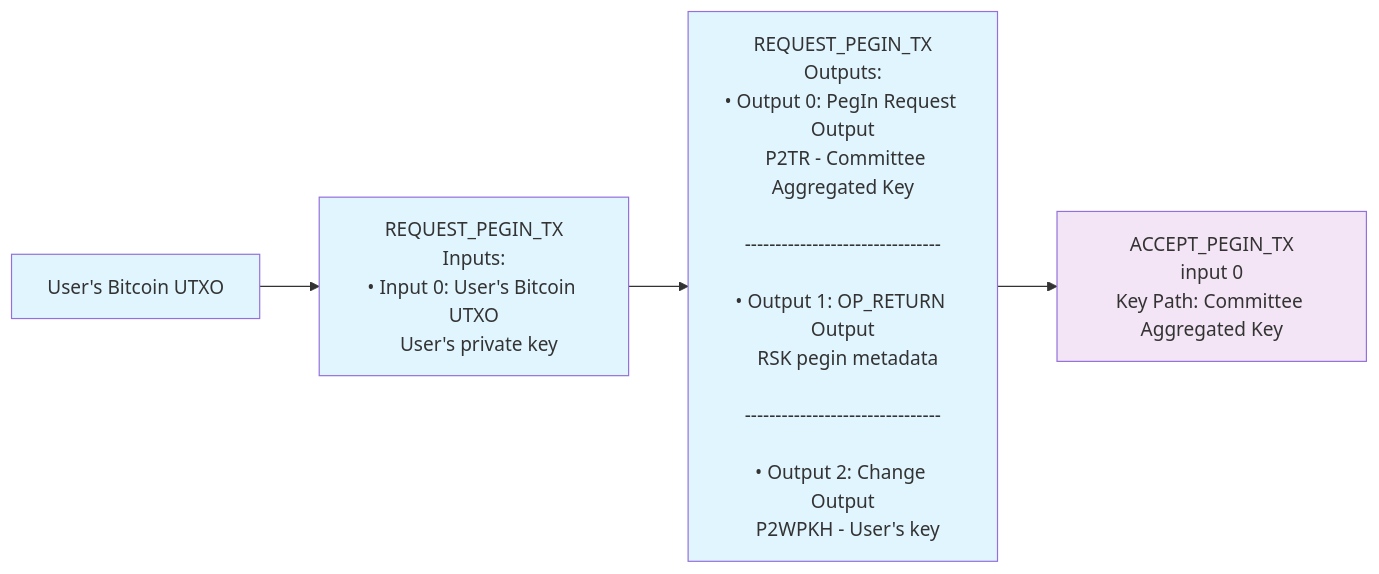
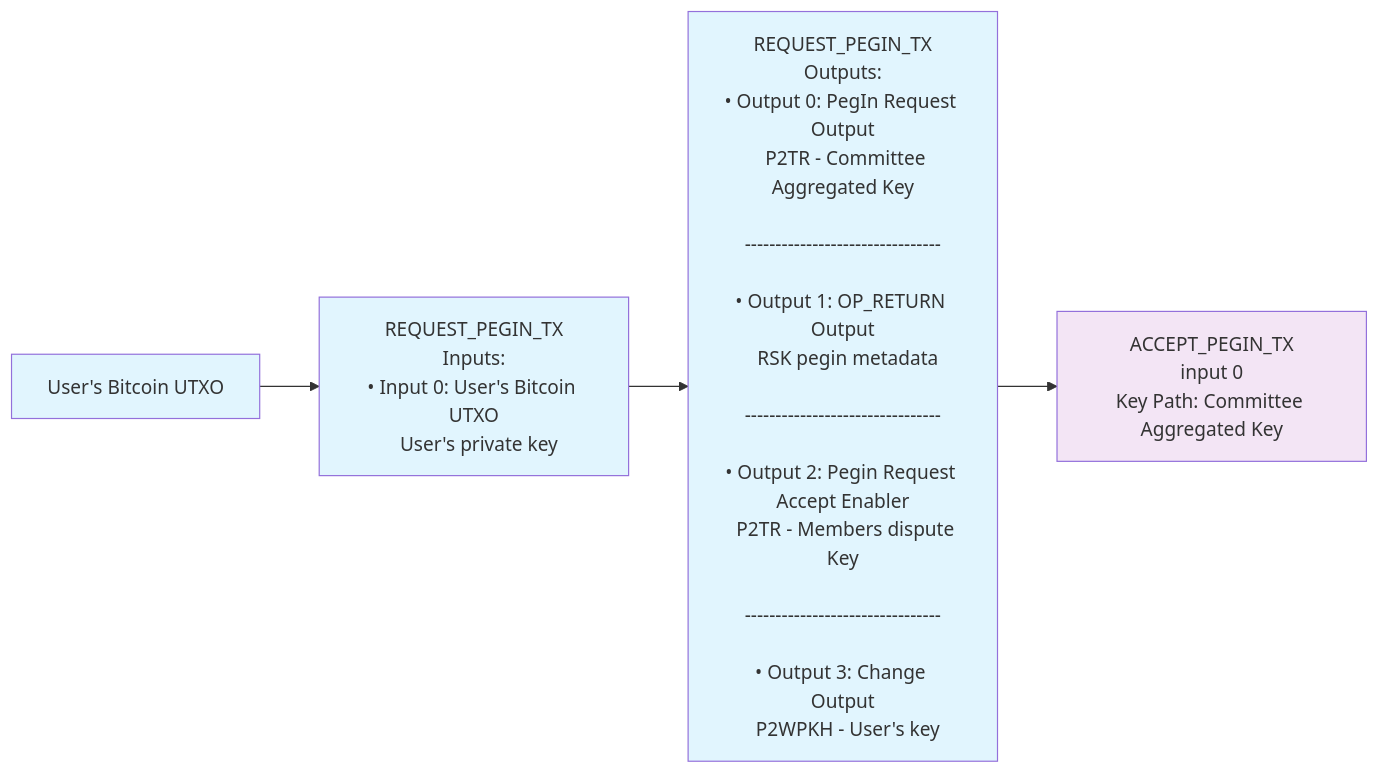
One commit to rsksmart/union-bridge-contracts changed the sixth of 21 diagrams in bitcoin-transactions.md. Above: the diagram before and after it, drawn with Mermaid. The commit also changed other lines of this file, not shown here.

````diff
--- a/bitcoin-transactions.md
+++ b/bitcoin-transactions.md
@@ -318,13 +346,13 @@
 ```mermaid
 graph LR
     A[User's Bitcoin UTXO] --> B[REQUEST_PEGIN_TX<br/>Inputs:<br/>• Input 0: User's Bitcoin UTXO<br/>  User's private key]
-    B --> C[REQUEST_PEGIN_TX<br/>Outputs:<br/>• Output 0: PegIn Request Output<br/>  P2TR - Committee Aggregated Key<br/><br/>--------------------------------<br/><br/>• Output 1: OP_RETURN Output<br/>  RSK pegin metadata<br/><br/>--------------------------------<br/><br/>• Output 2: Change Output<br/>  P2WPKH - User's key]
+    B --> C[REQUEST_PEGIN_TX<br/>Outputs:<br/>• Output 0: PegIn Request Output<br/>  P2TR - Committee Aggregated Key<br/><br/>--------------------------------<br/><br/>• Output 1: OP_RETURN Output<br/>  RSK pegin metadata<br/><br/>--------------------------------<br/><br/>• Output 2: Pegin Request Accept Enabler<br/>  P2TR - Members dispute Key<br/><br/>--------------------------------<br/><br/>• Output 3: Change Output<br/>  P2WPKH - User's key]
     
     %% Flow to next transaction
     C --> D[ACCEPT_PEGIN_TX<br/>input 0<br/>Key Path: Committee Aggregated Key]
     
     style A fill:#e1f5fe
     style B fill:#e1f5fe
     style C fill:#e1f5fe
     style D fill:#f3e5f5
 ```
````
